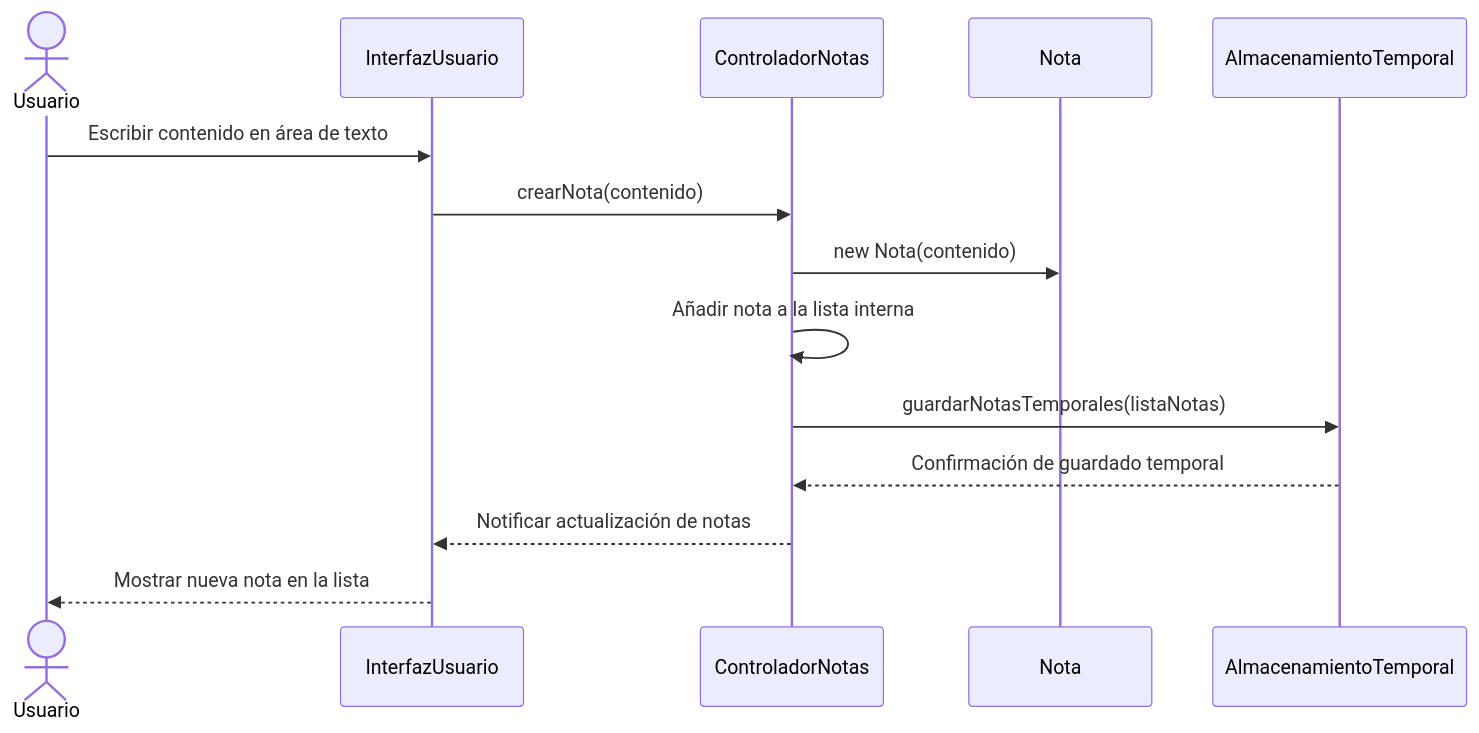
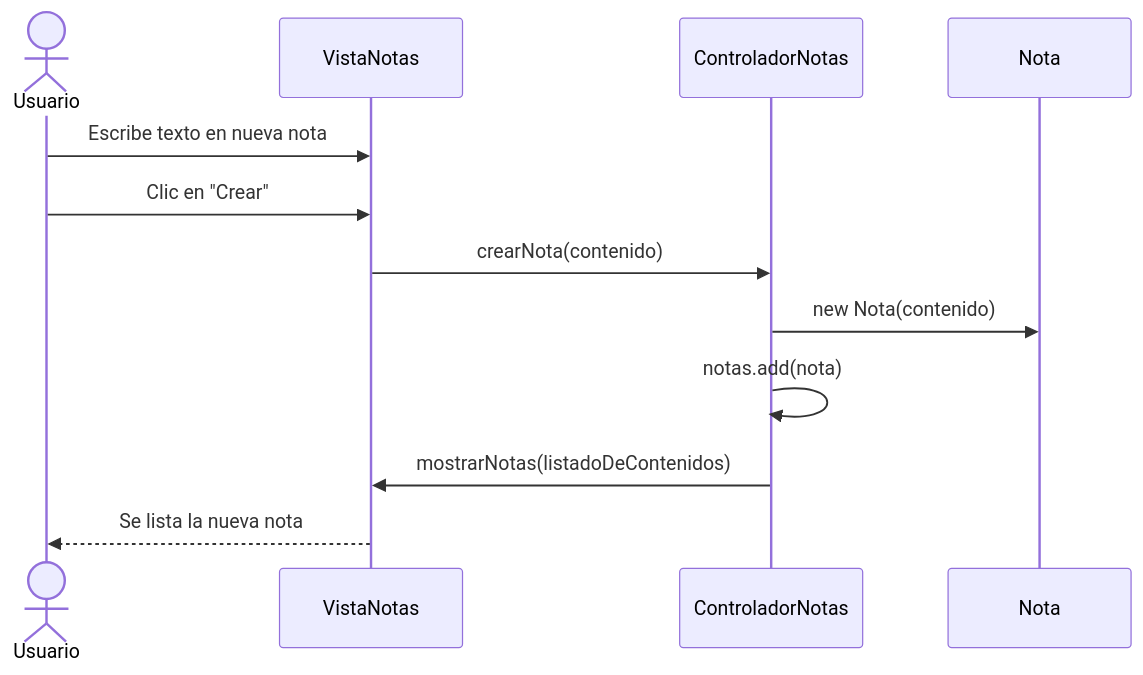
The seventh of 12 diagrams in README.md (jangelmm/FlashNotes), drawn with Mermaid before and after one commit. The commit also changed other lines of this file and 8 other files, not shown here.

````diff
--- a/README.md
+++ b/README.md
@@ -325,17 +364,15 @@
 ```mermaid
 sequenceDiagram
     actor Usuario
-    participant GUI as InterfazUsuario
+    participant VistaNotas as VistaNotas
     participant Ctrl as ControladorNotas
-    participant N as Nota
-    participant Alm as AlmacenamientoTemporal
+    participant Nota as Nota
 
-    Usuario ->> GUI: Escribir contenido en área de texto
-    GUI ->> Ctrl: crearNota(contenido)
-    Ctrl ->> N: new Nota(contenido)
-    Ctrl ->> Ctrl: Añadir nota a la lista interna
-    Ctrl ->> Alm: guardarNotasTemporales(listaNotas)
-    Alm -->> Ctrl: Confirmación de guardado temporal
-    Ctrl -->> GUI: Notificar actualización de notas
-    GUI -->> Usuario: Mostrar nueva nota en la lista
+    Usuario ->> VistaNotas: Escribe texto en nueva nota
+    Usuario ->> VistaNotas: Clic en "Crear"
+    VistaNotas ->> Ctrl: crearNota(contenido)
+    Ctrl ->> Nota: new Nota(contenido)
+    Ctrl ->> Ctrl: notas.add(nota)
+    Ctrl ->> VistaNotas: mostrarNotas(listadoDeContenidos)
+    VistaNotas -->> Usuario: Se lista la nueva nota
 ```
````
